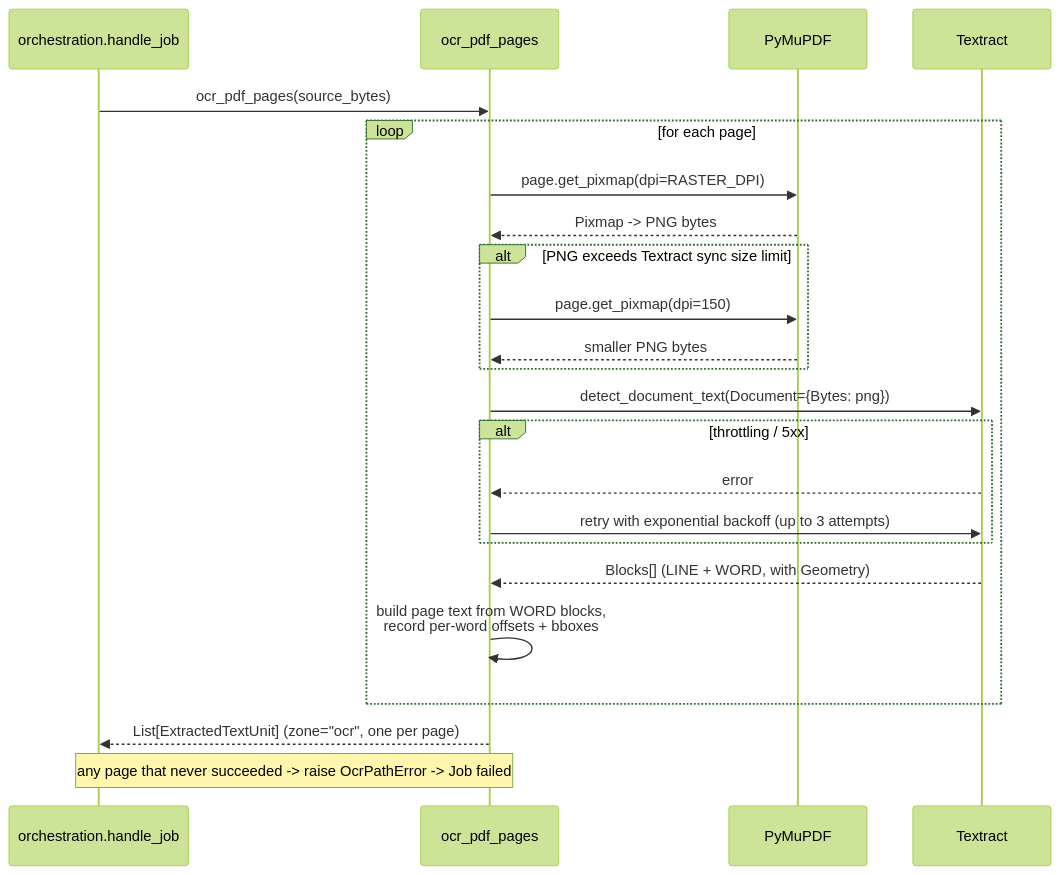
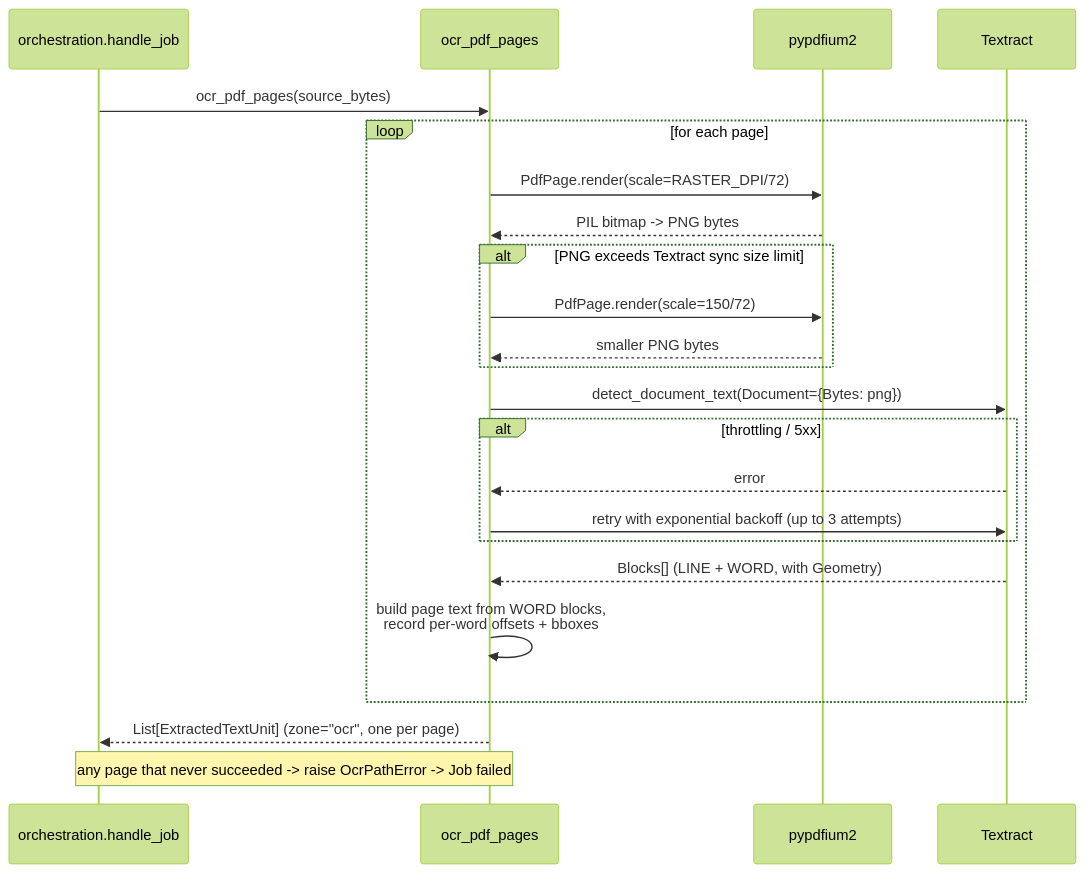
The second of 2 diagrams in .kiro/specs/pdf-dual-path-pii-detection/design.md (szipan/sample-sensitive-data-redaction), drawn with Mermaid (forest theme) before and after one commit. The commit also changed other lines of this file and 69 other files, not shown here.

````diff
--- a/.kiro/specs/pdf-dual-path-pii-detection/design.md
+++ b/.kiro/specs/pdf-dual-path-pii-detection/design.md
@@ -90,26 +90,26 @@
 ```mermaid
 sequenceDiagram
     participant O as orchestration.handle_job
     participant P as ocr_pdf_pages
-    participant M as PyMuPDF
+    participant M as pypdfium2
     participant TX as Textract
 
     O->>P: ocr_pdf_pages(source_bytes)
     loop for each page
-        P->>M: page.get_pixmap(dpi=RASTER_DPI)
-        M-->>P: Pixmap -> PNG bytes
+        P->>M: PdfPage.render(scale=RASTER_DPI/72)
+        M-->>P: PIL bitmap -> PNG bytes
         alt PNG exceeds Textract sync size limit
-            P->>M: page.get_pixmap(dpi=150)
+            P->>M: PdfPage.render(scale=150/72)
             M-->>P: smaller PNG bytes
         end
         P->>TX: detect_document_text(Document={Bytes: png})
         alt throttling / 5xx
             TX-->>P: error
             P->>TX: retry with exponential backoff (up to 3 attempts)
         end
         TX-->>P: Blocks[] (LINE + WORD, with Geometry)
         P->>P: build page text from WORD blocks,<br/>record per-word offsets + bboxes
     end
     P-->>O: List[ExtractedTextUnit] (zone="ocr", one per page)
     Note over P,O: any page that never succeeded -> raise OcrPathError -> Job failed
 ```
````
